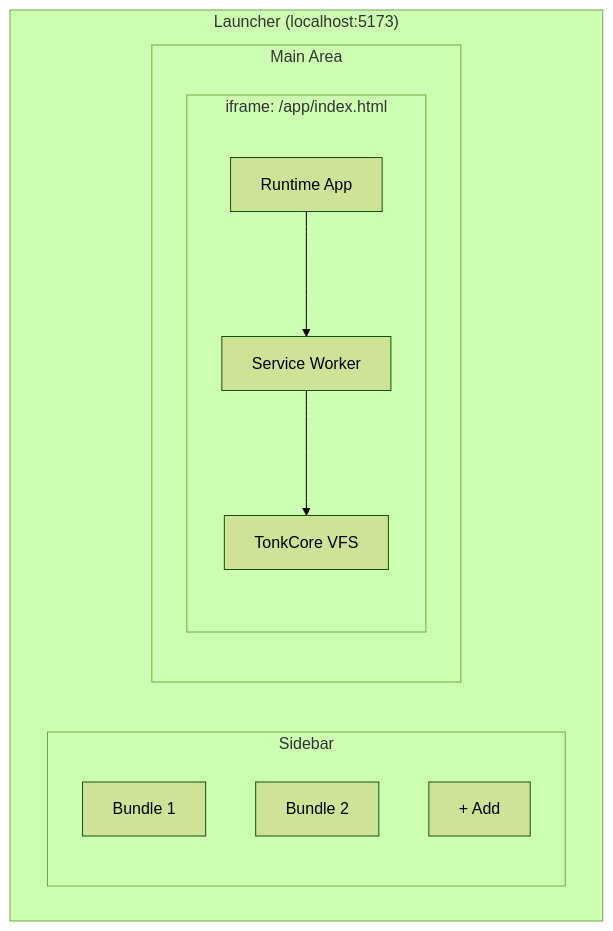
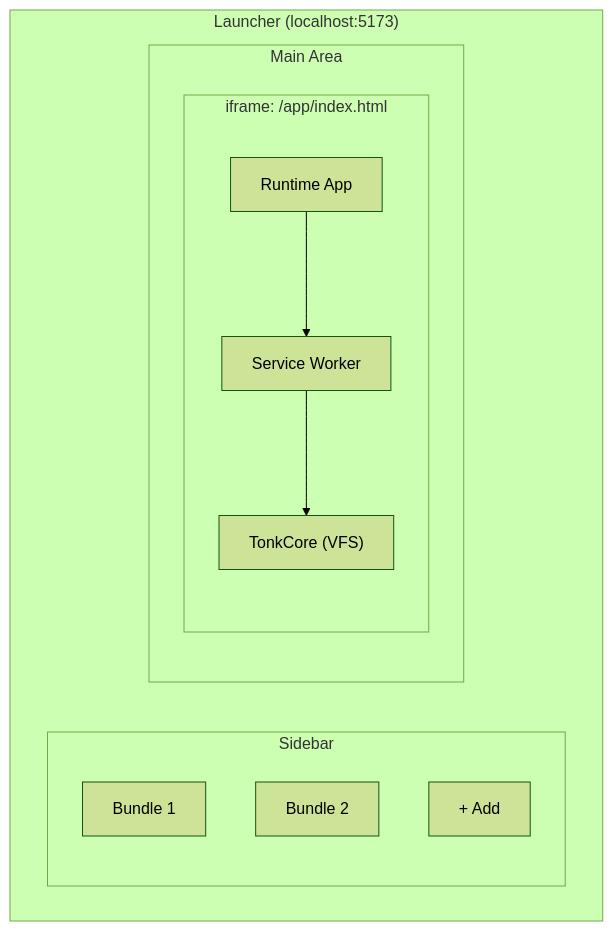
Before and after one commit to tonk-labs/tonk: the first of 6 diagrams in packages/launcher/docs/architecture.md, drawn with Mermaid (forest theme). The commit also changed other lines of this file, not shown here.

Commit message:
fix(docs): update architecture doc with @ jackddouglas changes

````diff
--- a/packages/launcher/docs/architecture.md
+++ b/packages/launcher/docs/architecture.md
@@ -12,19 +12,20 @@
 ```mermaid
 graph TB
     subgraph Launcher["Launcher (localhost:5173)"]
         subgraph Sidebar
-            B1[Bundle 1]
-            B2[Bundle 2]
-            Add[+ Add]
+            B1["Bundle 1"]
+            B2["Bundle 2"]
+            Add["+ Add"]
         end
         subgraph MainArea["Main Area"]
             subgraph IFrame["iframe: /app/index.html"]
-                Runtime[Runtime App]
-                SW[Service Worker]
-                Tonk[TonkCore VFS]
-                Runtime --> SW
-                SW --> Tonk
+                Runtime["Runtime App"]
+                SW["Service Worker"]
+                TonkCore["TonkCore (VFS)"]
             end
         end
     end
+
+    Runtime --> SW
+    SW --> TonkCore
 ```
````
